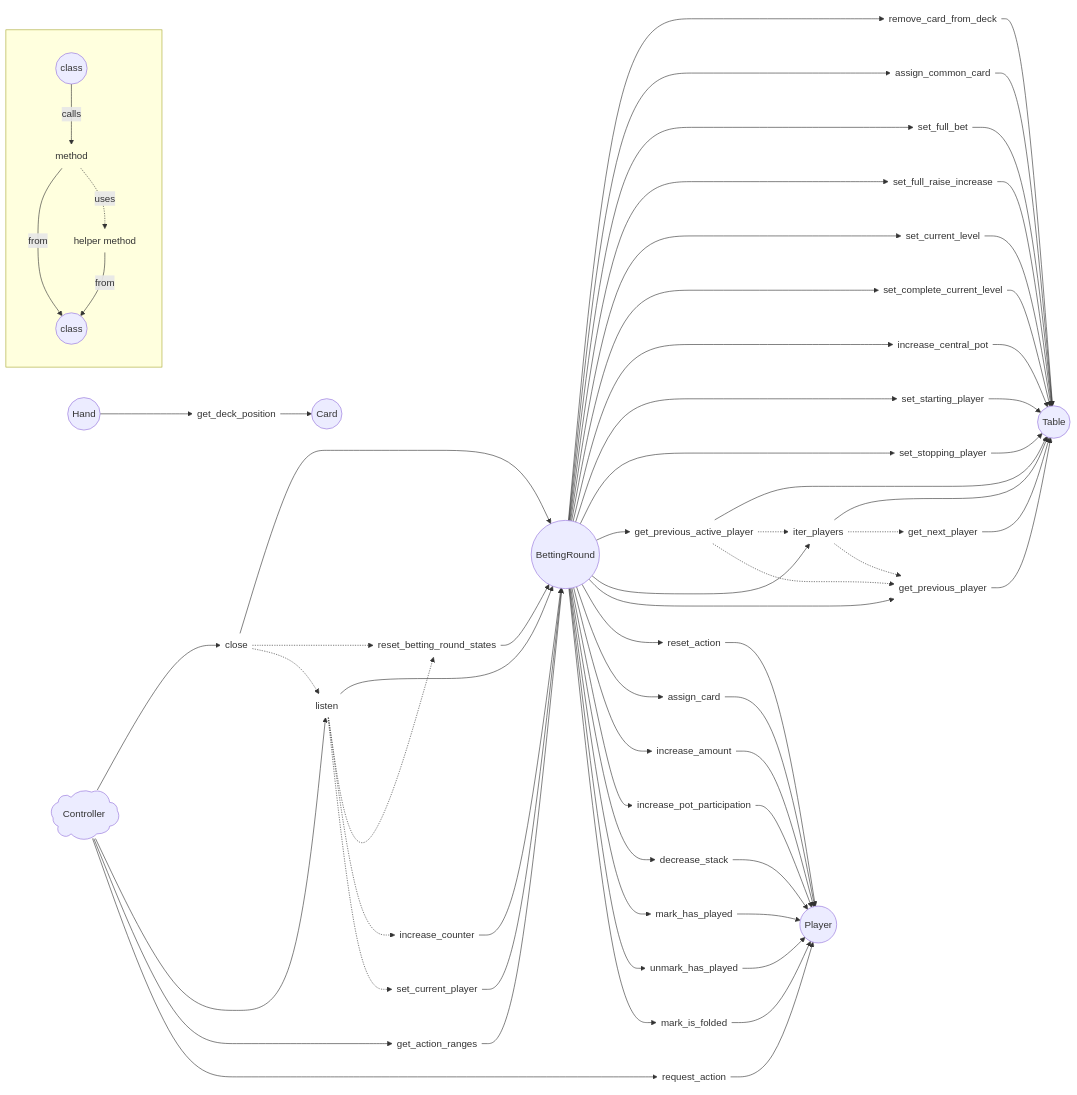
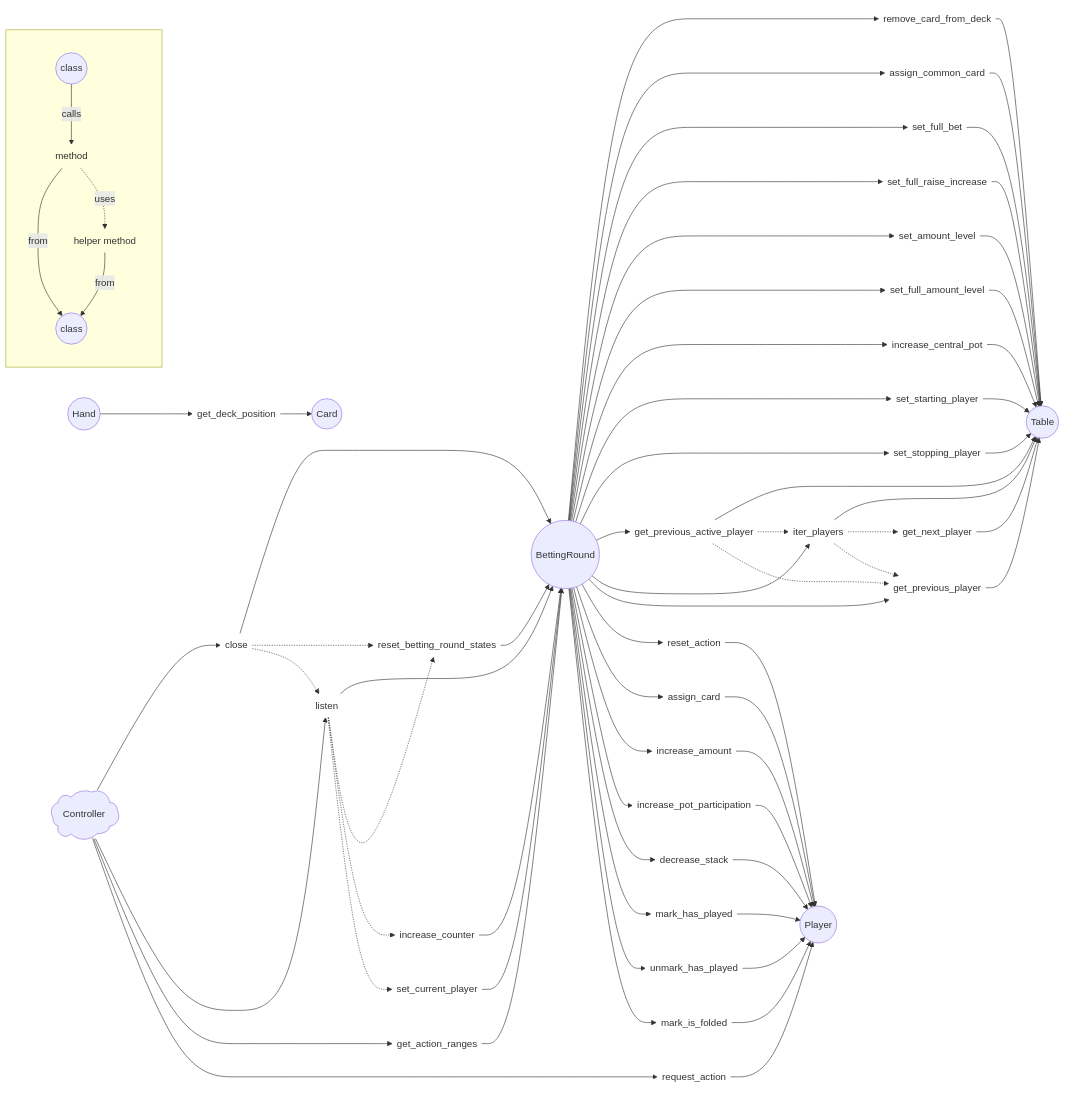
The diagram in MODEL.md (jorsaland/pokerpy), drawn with Mermaid before and after one commit. The commit also changed 13 other files, not shown here.

```diff
--- a/MODEL.md
+++ b/MODEL.md
@@ -128,8 +128,8 @@
     T.assign_common_card(assign_common_card)@{ shape: text } --> T
     T.set_full_bet(set_full_bet)@{ shape: text } --> T
     T.set_full_raise_increase(set_full_raise_increase)@{ shape: text } --> T
-    T.set_current_level(set_current_level)@{ shape: text } --> T
-    T.set_complete_current_level(set_complete_current_level)@{ shape: text } --> T
+    T.set_amount_level(set_amount_level)@{ shape: text } --> T
+    T.set_full_amount_level(set_full_amount_level)@{ shape: text } --> T
     T.increase_central_pot(increase_central_pot)@{ shape: text } --> T
     T.set_starting_player(set_starting_player)@{ shape: text } --> T
     T.set_stopping_player(set_stopping_player)@{ shape: text } --> T
@@ -169,8 +169,8 @@
     BR --> T.assign_common_card
     BR --> T.set_full_bet
     BR --> T.set_full_raise_increase
-    BR --> T.set_current_level
-    BR --> T.set_complete_current_level
+    BR --> T.set_amount_level
+    BR --> T.set_full_amount_level
     BR --> T.increase_central_pot
     BR --> T.set_starting_player
     BR --> T.set_stopping_player
```
